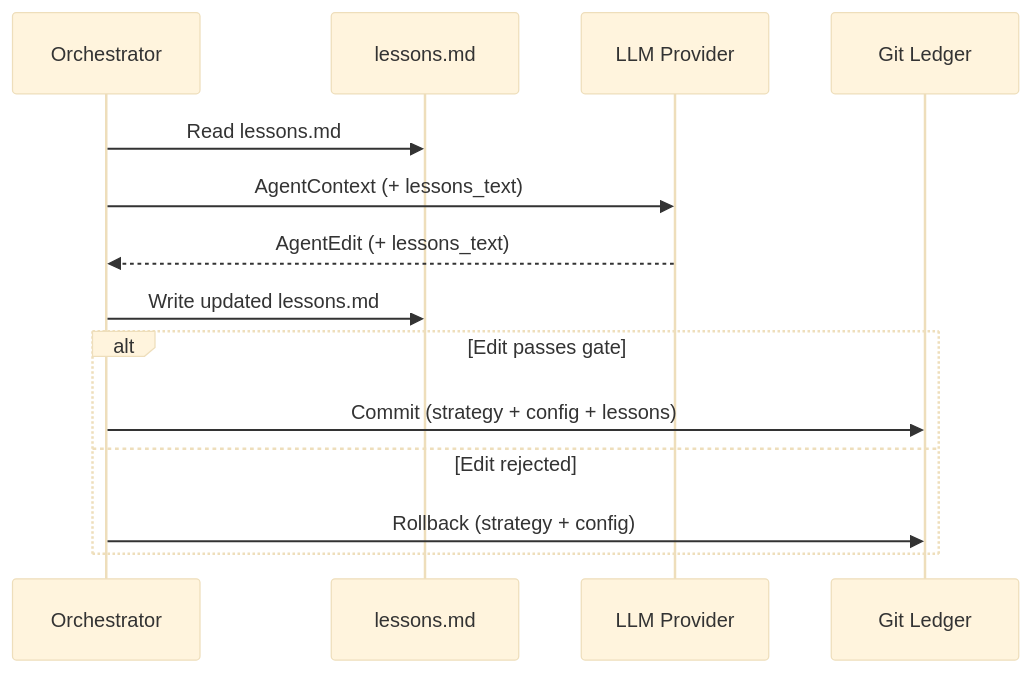
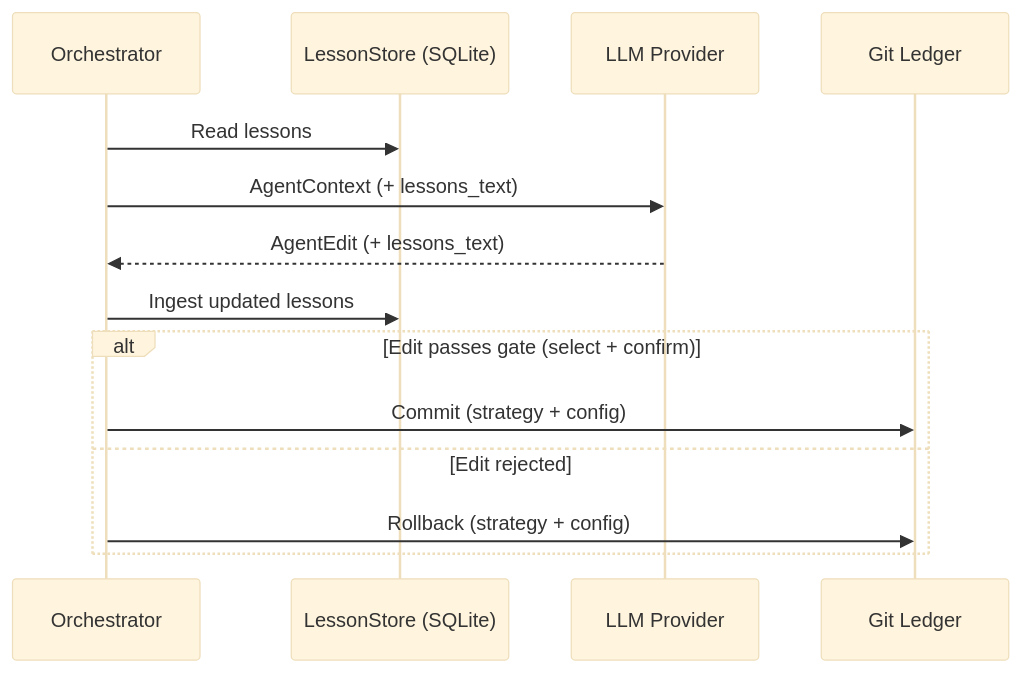
One commit to LeFi8/autobacktest changed the diagram in README.md. Above: the diagram before and after it, drawn with Mermaid (base theme). The commit also changed other lines of this file and 12 other files, not shown here.

First line of the commit message:
feat: Enhance AutoBacktest CLI and documentation with new commands and architecture updates

````diff
--- a/README.md
+++ b/README.md
@@ -11,19 +11,19 @@
 ```mermaid
 sequenceDiagram
     participant O as Orchestrator
-    participant FS as lessons.md
+    participant LS as LessonStore (SQLite)
     participant LLM as LLM Provider
     participant Git as Git Ledger
 
-    O->>FS: Read lessons.md
+    O->>LS: Read lessons
     O->>LLM: AgentContext (+ lessons_text)
     LLM-->>O: AgentEdit (+ lessons_text)
     
-    O->>FS: Write updated lessons.md
+    O->>LS: Ingest updated lessons
     
-    alt Edit passes gate
-        O->>Git: Commit (strategy + config + lessons)
+    alt Edit passes gate (select + confirm)
+        O->>Git: Commit (strategy + config)
     else Edit rejected
         O->>Git: Rollback (strategy + config)
     end
 ```
````
